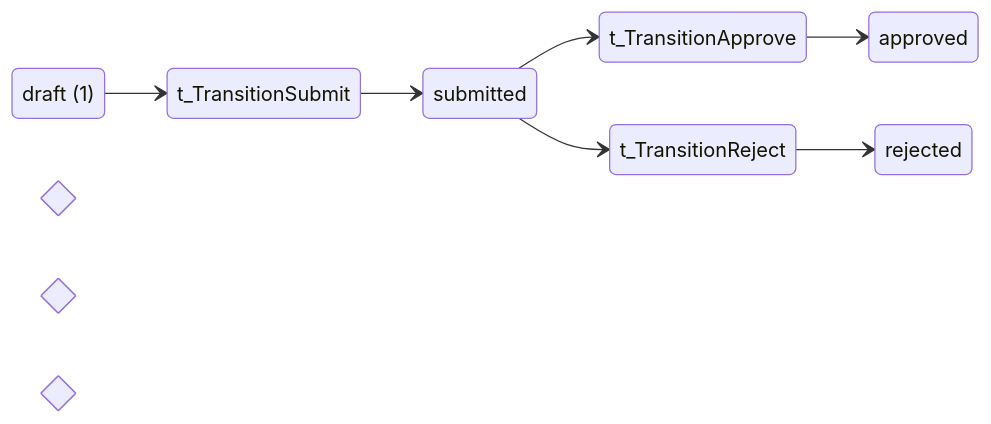
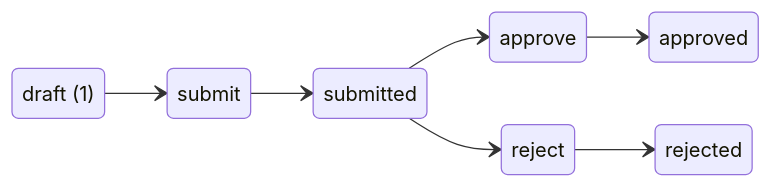
One commit to pflow-xyz/petri-pilot changed the first of 4 diagrams in generated/test-access/README.md. Above: the diagram before and after it, drawn with Mermaid. The commit also changed other lines of this file and 10 other files, not shown here.

First line of the commit message:
Fix Mermaid diagram syntax in README template

````diff
--- a/generated/test-access/README.md
+++ b/generated/test-access/README.md
@@ -48,25 +48,25 @@
 ```mermaid
 stateDiagram-v2
     direction LR
 
     state "draft (1)" as PlaceDraft
     state "submitted" as PlaceSubmitted
     state "approved" as PlaceApproved
     state "rejected" as PlaceRejected
 
 
-    state "submit" as t_TransitionSubmit <<choice>>
-    state "approve" as t_TransitionApprove <<choice>>
-    state "reject" as t_TransitionReject <<choice>>
+    state "submit" as t_TransitionSubmit
+    state "approve" as t_TransitionApprove
+    state "reject" as t_TransitionReject
 
 
-    PlaceDraft --> t_TransitionSubmit: 
-    t_TransitionSubmit --> PlaceSubmitted: 
+    PlaceDraft --> t_TransitionSubmit
+    t_TransitionSubmit --> PlaceSubmitted
 
-    PlaceSubmitted --> t_TransitionApprove: 
-    t_TransitionApprove --> PlaceApproved: 
+    PlaceSubmitted --> t_TransitionApprove
+    t_TransitionApprove --> PlaceApproved
 
-    PlaceSubmitted --> t_TransitionReject: 
-    t_TransitionReject --> PlaceRejected: 
+    PlaceSubmitted --> t_TransitionReject
+    t_TransitionReject --> PlaceRejected
 
 ```
````
